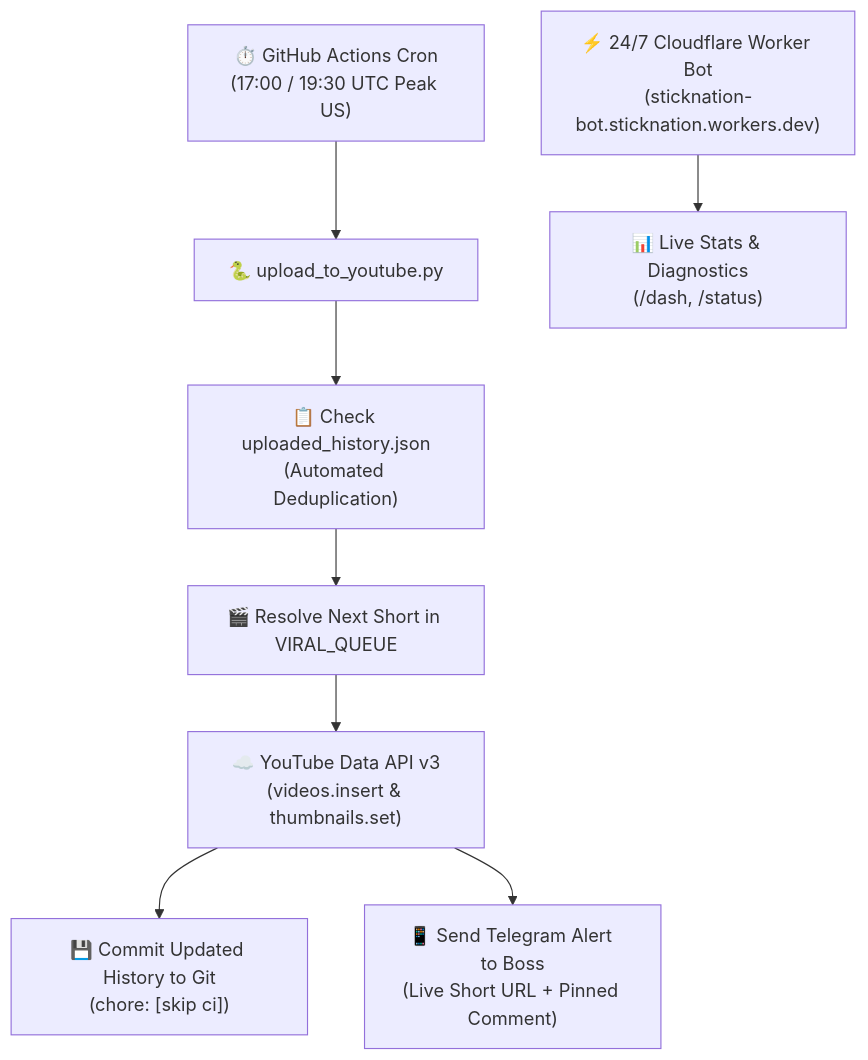
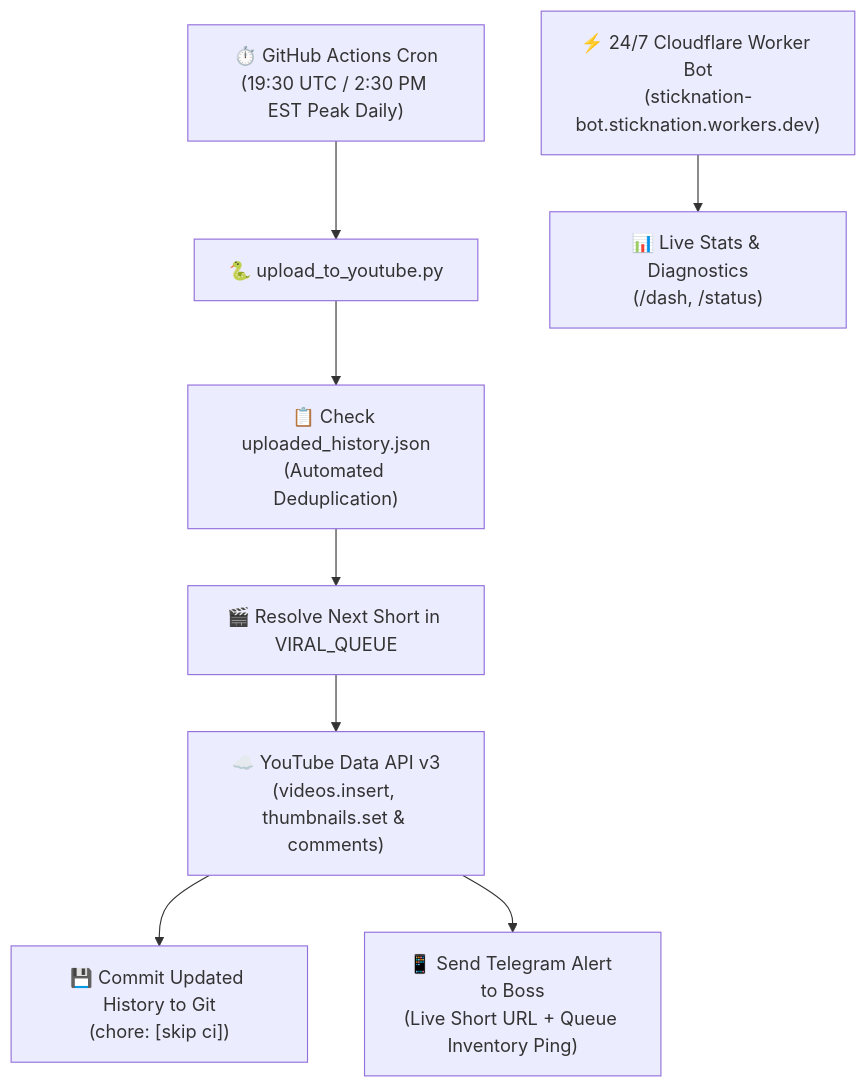
The diagram in README.md (Charansingaraju1/stickman-automation), drawn with Mermaid before and after one commit. The commit also changed other lines of this file and 17 other files, not shown here.

Commit message:
feat: batch-render Shorts 7 (Fish Bone) & 8 (Q-Tip), unify short_builder, calibrate daily peak cron

````diff
--- a/README.md
+++ b/README.md
@@ -14,10 +14,10 @@
 ```mermaid
 flowchart TD
-    A["⏱️ GitHub Actions Cron\n(17:00 / 19:30 UTC Peak US)"] --> B["🐍 upload_to_youtube.py"]
+    A["⏱️ GitHub Actions Cron\n(19:30 UTC / 2:30 PM EST Peak Daily)"] --> B["🐍 upload_to_youtube.py"]
     B --> C["📋 Check uploaded_history.json\n(Automated Deduplication)"]
     C --> D["🎬 Resolve Next Short in VIRAL_QUEUE"]
-    D --> E["☁️ YouTube Data API v3\n(videos.insert & thumbnails.set)"]
+    D --> E["☁️ YouTube Data API v3\n(videos.insert, thumbnails.set & comments)"]
     E --> F["💾 Commit Updated History to Git\n(chore: [skip ci])"]
-    E --> G["📱 Send Telegram Alert to Boss\n(Live Short URL + Pinned Comment)"]
+    E --> G["📱 Send Telegram Alert to Boss\n(Live Short URL + Queue Inventory Ping)"]
     H["⚡ 24/7 Cloudflare Worker Bot\n(sticknation-bot.sticknation.workers.dev)"] --> I["📊 Live Stats & Diagnostics\n(/dash, /status)"]
 ```
````
